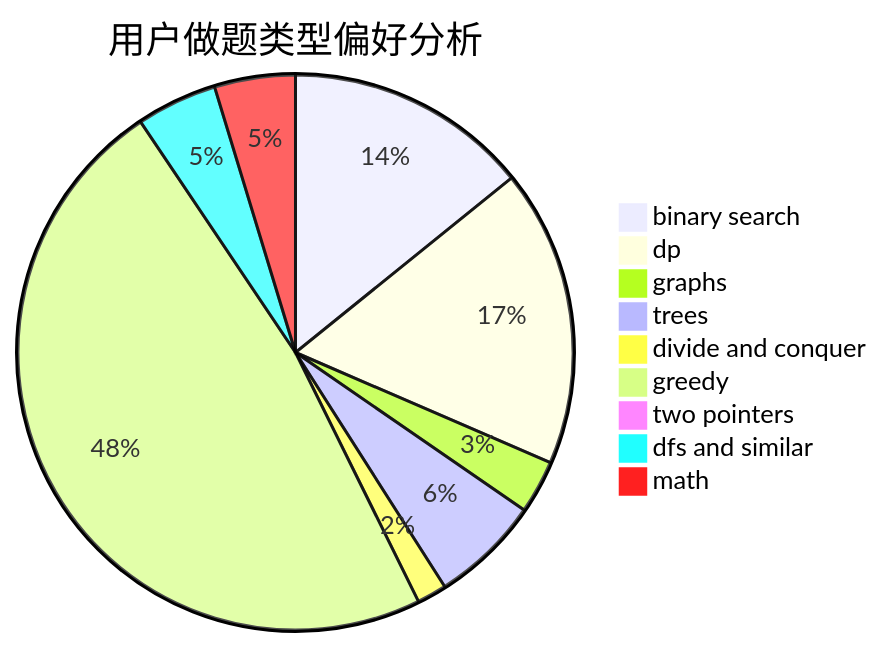
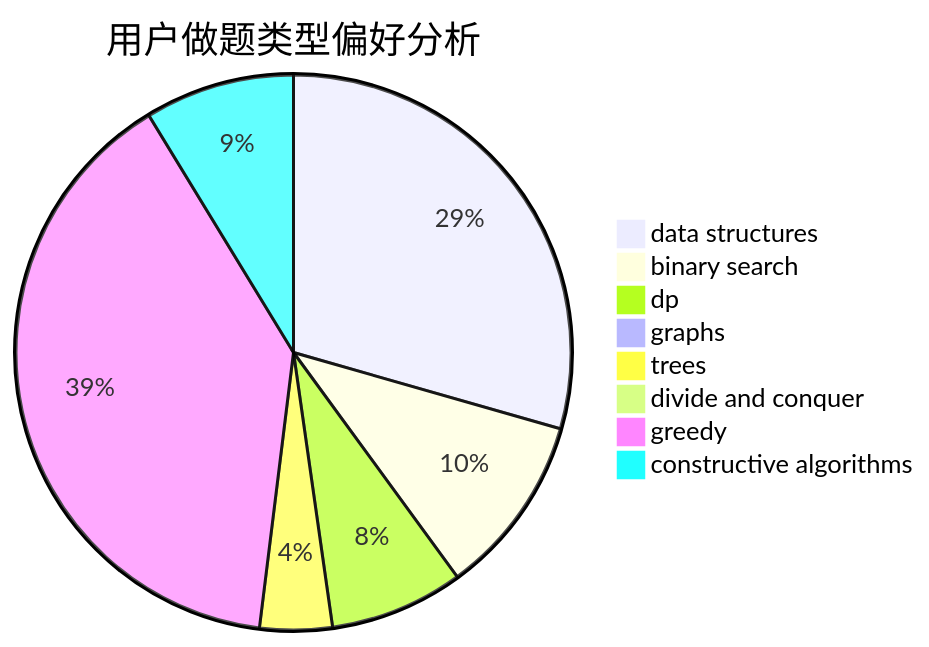
The second of 3 diagrams in docs/user/u1829.md (sherpahu/cfrs.github.io), drawn with Mermaid before and after one commit. The commit also changed other lines of this file and 2775 other files, not shown here.

````diff
--- a/docs/user/u1829.md
+++ b/docs/user/u1829.md
@@ -23,12 +23,11 @@
 ```mermaid
 pie title 用户做题类型偏好分析
-    "binary search" :  205
-    "dp" :  250
-    "graphs" :  45
-    "trees" :  92
-    "divide and conquer" :  25
-    "greedy" :  692
-    "two pointers" :  8
-    "dfs and similar" :  68
-    "math" :  68
+    "data structures" :  503
+    "binary search" :  180
+    "dp" :  133
+    "graphs" :  3
+    "trees" :  72
+    "divide and conquer" :  16
+    "greedy" :  672
+    "constructive algorithms" :  149
 ```
````
